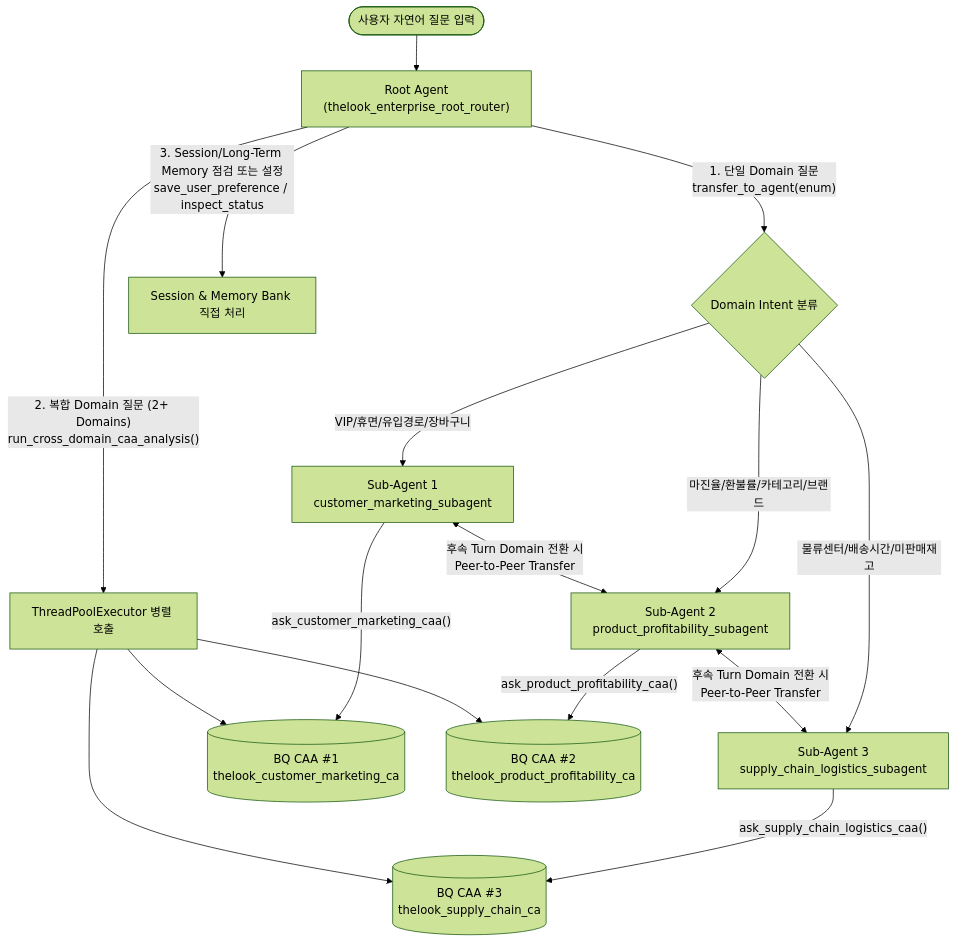
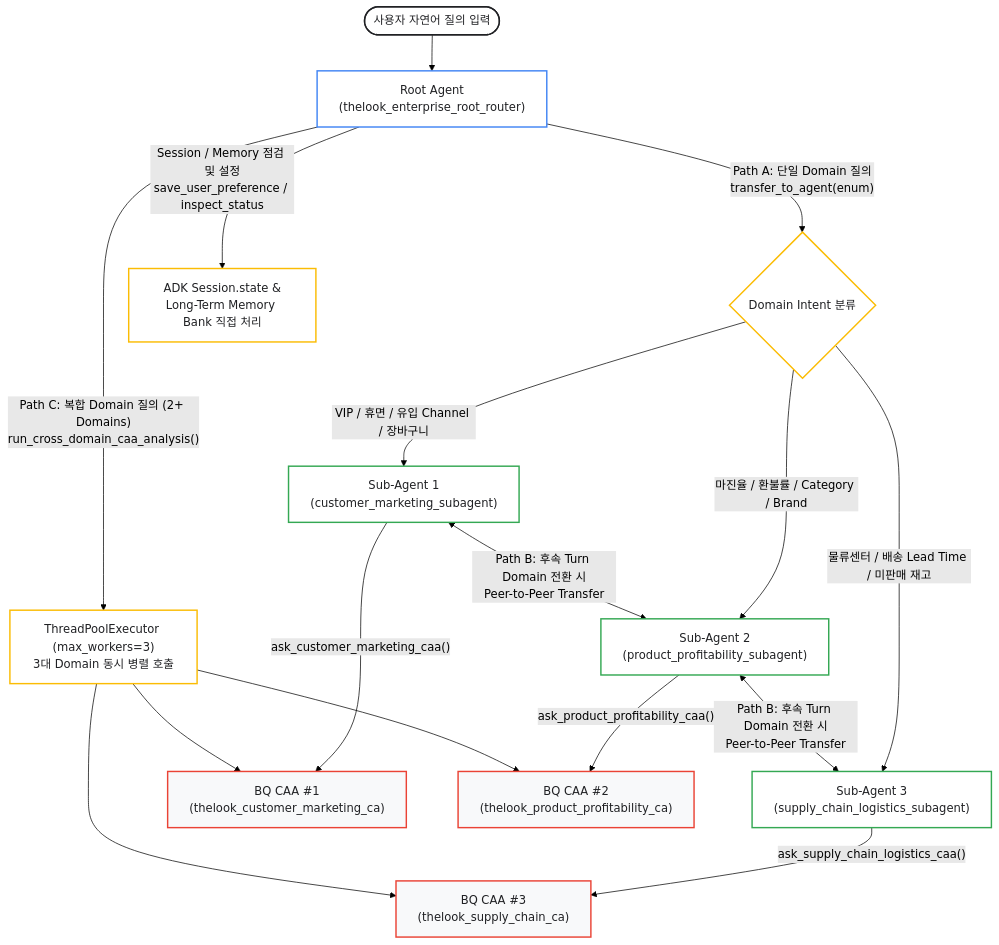
The first of 2 diagrams in docs/ARCHITECTURE_DEEP_DIVE_KO.md (rhkim77/adk_with_bq_caa_lab), drawn with Mermaid (forest theme) before and after one commit. The commit also changed other lines of this file and 3 other files, not shown here.

Commit message:
docs: rewrite repository markdown guides to conform to CE authoring and Mermaid standards

````diff
--- a/docs/ARCHITECTURE_DEEP_DIVE_KO.md
+++ b/docs/ARCHITECTURE_DEEP_DIVE_KO.md
@@ -47,23 +43,29 @@
 ```mermaid
-flowchart TB
-  USER(["사용자 자연어 질문 입력"]) --> ROOT["Root Agent<br/>(thelook_enterprise_root_router)"]
+flowchart TD
+  classDef userNode fill:#FFFFFF,stroke:#202124,stroke-width:2px,color:#202124
+  classDef rootNode fill:#FFFFFF,stroke:#4285F4,stroke-width:2px,color:#202124
+  classDef subNode fill:#FFFFFF,stroke:#34A853,stroke-width:2px,color:#202124
+  classDef toolNode fill:#FFFFFF,stroke:#FBBC04,stroke-width:2px,color:#202124
+  classDef caaNode fill:#F8F9FA,stroke:#EA4335,stroke-width:2px,color:#202124
 
-  ROOT -->|"1. 단일 Domain 질문<br/>transfer_to_agent(enum)"| HANDOFF{"Domain Intent 분류"}
-  ROOT -->|"2. 복합 Domain 질문 (2+ Domains)<br/>run_cross_domain_caa_analysis()"| PARALLEL["ThreadPoolExecutor 병렬 호출"]
-  ROOT -->|"3. Session/Long-Term Memory 점검 또는 설정<br/>save_user_preference / inspect_status"| MEM_TOOL["Session & Memory Bank 직접 처리"]
+  USER(["사용자 자연어 질의 입력"]):::userNode --> ROOT["Root Agent<br/>(thelook_enterprise_root_router)"]:::rootNode
 
-  HANDOFF -->|"VIP/휴면/유입경로/장바구니"| SUB1["Sub-Agent 1<br/>customer_marketing_subagent"]
-  HANDOFF -->|"마진율/환불률/카테고리/브랜드"| SUB2["Sub-Agent 2<br/>product_profitability_subagent"]
-  HANDOFF -->|"물류센터/배송시간/미판매재고"| SUB3["Sub-Agent 3<br/>supply_chain_logistics_subagent"]
+  ROOT -->|"Path A: 단일 Domain 질의<br/>transfer_to_agent(enum)"| HANDOFF{"Domain Intent 분류"}:::toolNode
+  ROOT -->|"Path C: 복합 Domain 질의 (2+ Domains)<br/>run_cross_domain_caa_analysis()"| PARALLEL["ThreadPoolExecutor (max_workers=3)<br/>3대 Domain 동시 병렬 호출"]:::toolNode
+  ROOT -->|"Session / Memory 점검 및 설정<br/>save_user_preference / inspect_status"| MEM_TOOL["ADK Session.state &<br/>Long-Term Memory Bank 직접 처리"]:::toolNode
 
-  SUB1 <-->|"후속 Turn Domain 전환 시<br/>Peer-to-Peer Transfer"| SUB2
-  SUB2 <-->|"후속 Turn Domain 전환 시<br/>Peer-to-Peer Transfer"| SUB3
+  HANDOFF -->|"VIP / 휴면 / 유입 Channel / 장바구니"| SUB1["Sub-Agent 1<br/>(customer_marketing_subagent)"]:::subNode
+  HANDOFF -->|"마진율 / 환불률 / Category / Brand"| SUB2["Sub-Agent 2<br/>(product_profitability_subagent)"]:::subNode
+  HANDOFF -->|"물류센터 / 배송 Lead Time / 미판매 재고"| SUB3["Sub-Agent 3<br/>(supply_chain_logistics_subagent)"]:::subNode
 
-  SUB1 -->|"ask_customer_marketing_caa()"| CAA1[("BQ CAA #1<br/>thelook_customer_marketing_ca")]
-  SUB2 -->|"ask_product_profitability_caa()"| CAA2[("BQ CAA #2<br/>thelook_product_profitability_ca")]
-  SUB3 -->|"ask_supply_chain_logistics_caa()"| CAA3[("BQ CAA #3<br/>thelook_supply_chain_ca")]
+  SUB1 <-->|"Path B: 후속 Turn Domain 전환 시<br/>Peer-to-Peer Transfer"| SUB2
+  SUB2 <-->|"Path B: 후속 Turn Domain 전환 시<br/>Peer-to-Peer Transfer"| SUB3
+
+  SUB1 -->|"ask_customer_marketing_caa()"| CAA1["BQ CAA #1<br/>(thelook_customer_marketing_ca)"]:::caaNode
+  SUB2 -->|"ask_product_profitability_caa()"| CAA2["BQ CAA #2<br/>(thelook_product_profitability_ca)"]:::caaNode
+  SUB3 -->|"ask_supply_chain_logistics_caa()"| CAA3["BQ CAA #3<br/>(thelook_supply_chain_ca)"]:::caaNode
 
   PARALLEL --> CAA1
   PARALLEL --> CAA2
   PARALLEL --> CAA3
 ```
````
